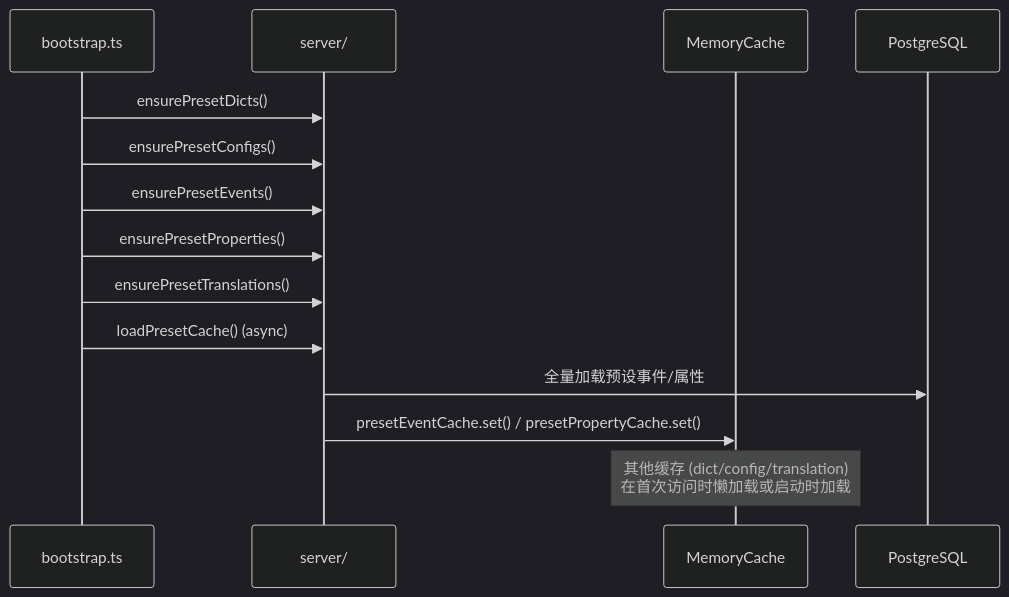
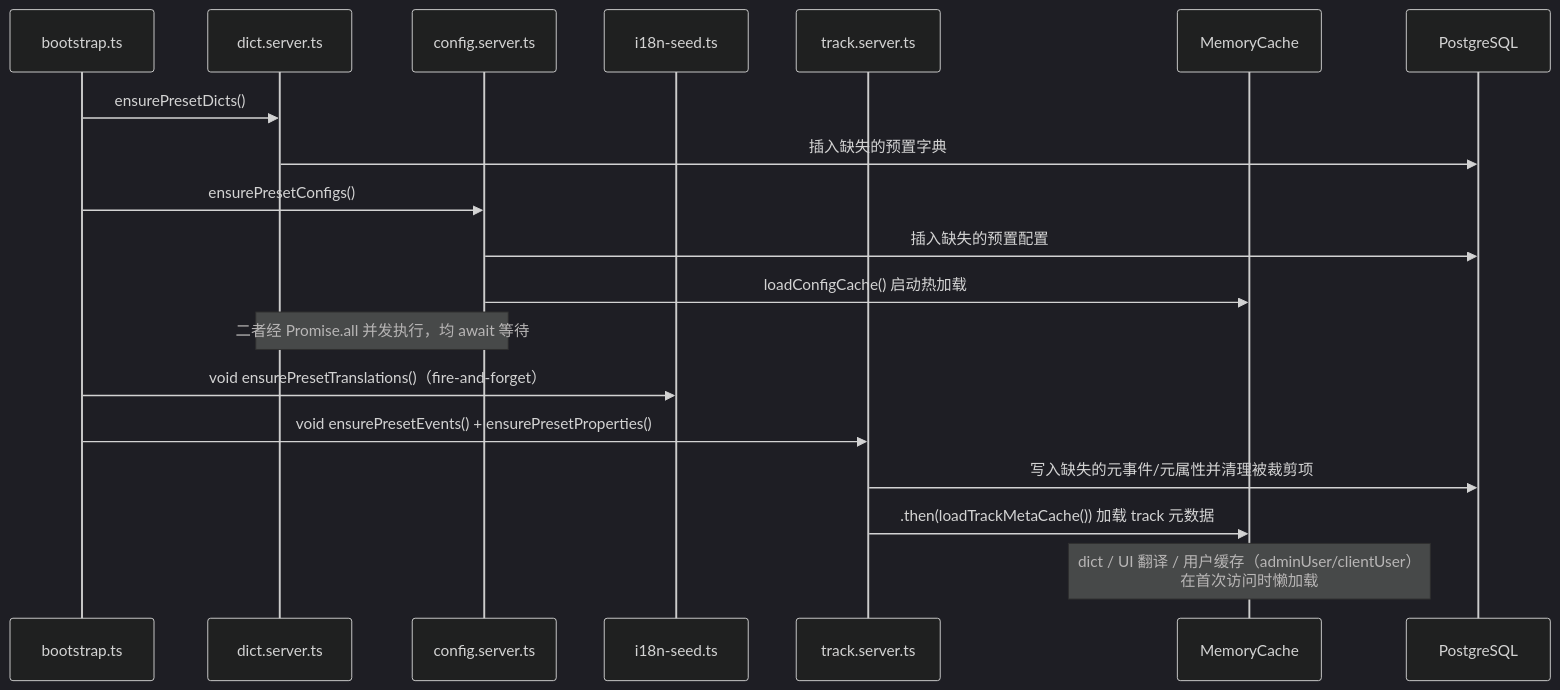
Before and after one commit to easyx-dev/fsdx: the diagram in docs/cache-system.md, drawn with Mermaid (dark theme). The commit also changed other lines of this file and 20 other files, not shown here.

````diff
--- a/docs/cache-system.md
+++ b/docs/cache-system.md
@@ -136,18 +138,23 @@
 ```mermaid
 sequenceDiagram
     participant Bootstrap as bootstrap.ts
-    participant Server as server/
+    participant Dict as dict.server.ts
+    participant Config as config.server.ts
+    participant Seed as i18n-seed.ts
+    participant Track as track.server.ts
     participant Cache as MemoryCache
     participant DB as PostgreSQL
 
-    Bootstrap->>Server: ensurePresetDicts()
-    Bootstrap->>Server: ensurePresetConfigs()
-    Bootstrap->>Server: ensurePresetEvents()
-    Bootstrap->>Server: ensurePresetProperties()
-    Bootstrap->>Server: ensurePresetTranslations()
-    Bootstrap->>Server: loadPresetCache() (async)
-    Server->>DB: 全量加载预设事件/属性
-    Server->>Cache: presetEventCache.set() / presetPropertyCache.set()
+    Bootstrap->>Dict: ensurePresetDicts()
+    Dict->>DB: 插入缺失的预置字典
+    Bootstrap->>Config: ensurePresetConfigs()
+    Config->>DB: 插入缺失的预置配置
+    Config->>Cache: loadConfigCache() 启动热加载
+    Note over Dict,Config: 二者经 Promise.all 并发执行，均 await 等待
+    Bootstrap->>Seed: void ensurePresetTranslations()（fire-and-forget）
+    Bootstrap->>Track: void ensurePresetEvents() + ensurePresetProperties()
+    Track->>DB: 写入缺失的元事件/元属性并清理被裁剪项
+    Track->>Cache: .then(loadTrackMetaCache()) 加载 track 元数据
 
-    Note over Cache: 其他缓存 (dict/config/translation)<br/>在首次访问时懒加载或启动时加载
+    Note over Cache: dict / UI 翻译 / 用户缓存（adminUser/clientUser）<br/>在首次访问时懒加载
 ```
````
